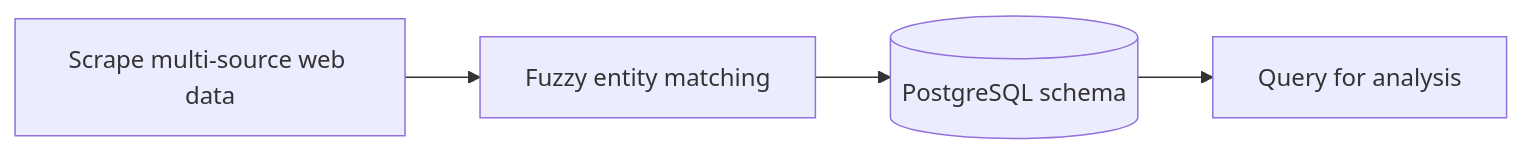
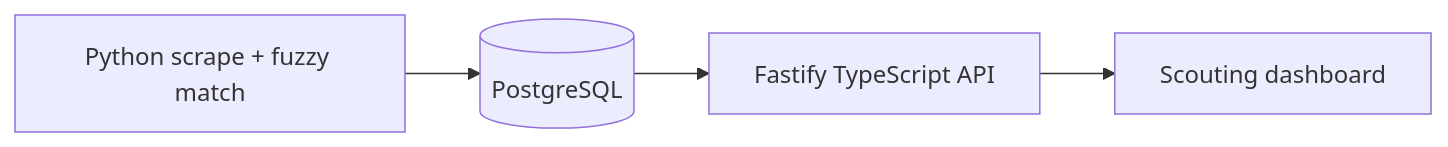
The diagram in README.md (stephencox1026/college-baseball-data-pipeline), drawn with Mermaid before and after one commit. The commit also changed other lines of this file and 27 other files, not shown here.

First line of the commit message:
Add Fastify TypeScript read API for college baseball scouting.

````diff
--- a/README.md
+++ b/README.md
@@ -7,6 +7,6 @@
 ```mermaid
 flowchart LR
-  scrape["Scrape multi-source web data"] --> match["Fuzzy entity matching"]
-  match --> db[("PostgreSQL schema")]
-  db --> query["Query for analysis"]
+  scrape["Python scrape + fuzzy match"] --> db[("PostgreSQL")]
+  db --> api["Fastify TypeScript API"]
+  api --> dashboard["Scouting dashboard"]
 ```
````
